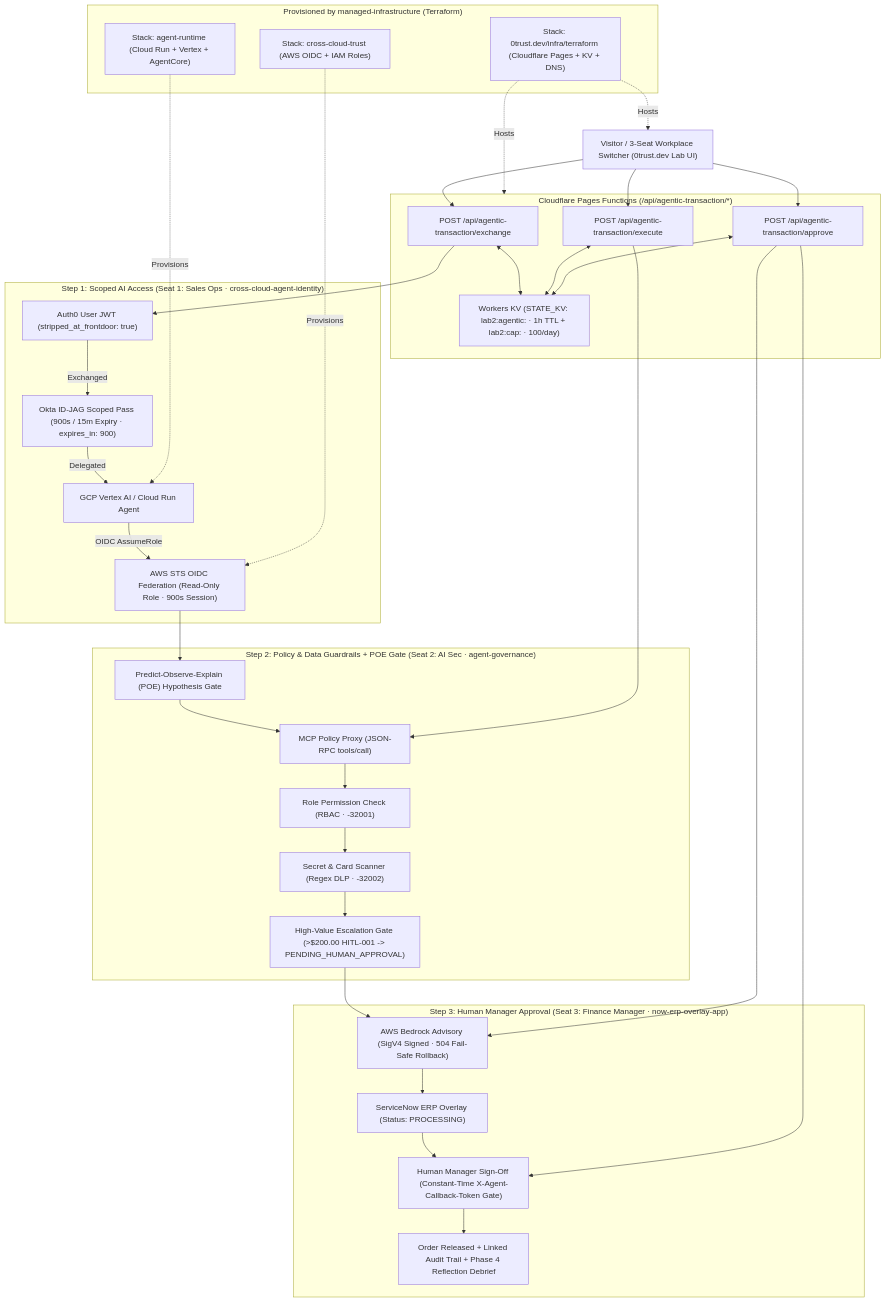
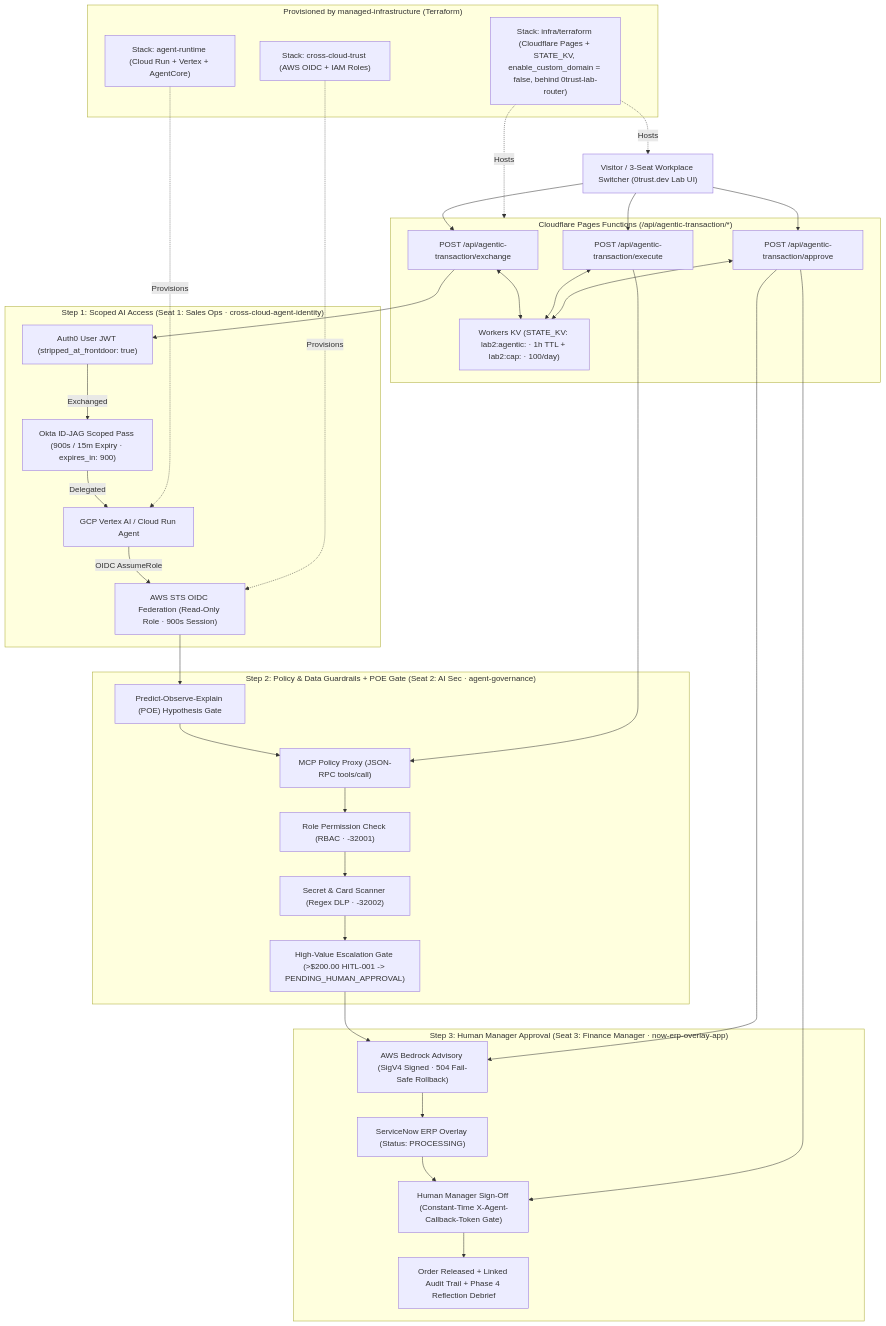
One commit to c2pig/0trust-lab-agentic-transaction changed the diagram in docs/ARCHITECTURE.md. Above: the diagram before and after it, drawn with Mermaid. The commit also changed 1 other file, not shown here.

Commit message:
chore(infra): disable unused lab-*.0trust.dev custom domain (#1)

````diff
--- a/docs/ARCHITECTURE.md
+++ b/docs/ARCHITECTURE.md
@@ -11,55 +11,55 @@
 ```mermaid
 flowchart TB
     User["Visitor / 3-Seat Workplace Switcher (0trust.dev Lab UI)"]
 
     subgraph Edge ["Cloudflare Pages Functions (/api/agentic-transaction/*)"]
         FnEx["POST /api/agentic-transaction/exchange"]
         FnExec["POST /api/agentic-transaction/execute"]
         FnApp["POST /api/agentic-transaction/approve"]
         KV["Workers KV (STATE_KV: lab2:agentic:<sessionId> · 1h TTL + lab2:cap:<utcDate> · 100/day)"]
     end
 
     subgraph S1 ["Step 1: Scoped AI Access (Seat 1: Sales Ops · cross-cloud-agent-identity)"]
         Auth0["Auth0 User JWT (stripped_at_frontdoor: true)"]
         Okta["Okta ID-JAG Scoped Pass (900s / 15m Expiry · expires_in: 900)"]
         GCP["GCP Vertex AI / Cloud Run Agent"]
         AWS_STS["AWS STS OIDC Federation (Read-Only Role · 900s Session)"]
         Auth0 -->|"Exchanged"| Okta
         Okta -->|"Delegated"| GCP
         GCP -->|"OIDC AssumeRole"| AWS_STS
     end
 
     subgraph S2 ["Step 2: Policy & Data Guardrails + POE Gate (Seat 2: AI Sec · agent-governance)"]
         POE["Predict-Observe-Explain (POE) Hypothesis Gate"]
         MCP["MCP Policy Proxy (JSON-RPC tools/call)"]
         RBAC["Role Permission Check (RBAC · -32001)"]
         DLP["Secret & Card Scanner (Regex DLP · -32002)"]
         Gate["High-Value Escalation Gate (>$200.00 HITL-001 -> PENDING_HUMAN_APPROVAL)"]
         POE --> MCP --> RBAC --> DLP --> Gate
     end
 
     subgraph S3 ["Step 3: Human Manager Approval (Seat 3: Finance Manager · now-erp-overlay-app)"]
         Bedrock["AWS Bedrock Advisory (SigV4 Signed · 504 Fail-Safe Rollback)"]
         SNOW["ServiceNow ERP Overlay (Status: PROCESSING)"]
         Human["Human Manager Sign-Off (Constant-Time X-Agent-Callback-Token Gate)"]
         Released["Order Released + Linked Audit Trail + Phase 4 Reflection Debrief"]
         Bedrock --> SNOW --> Human --> Released
     end
 
     subgraph Infra ["Provisioned by managed-infrastructure (Terraform)"]
         TF_Trust["Stack: cross-cloud-trust (AWS OIDC + IAM Roles)"]
         TF_Runtime["Stack: agent-runtime (Cloud Run + Vertex + AgentCore)"]
-        TF_Edge["Stack: 0trust.dev/infra/terraform (Cloudflare Pages + KV + DNS)"]
+        TF_Edge["Stack: infra/terraform (Cloudflare Pages + STATE_KV, enable_custom_domain = false, behind 0trust-lab-router)"]
     end
 
     User --> FnEx & FnExec & FnApp
     FnEx & FnExec & FnApp <--> KV
     FnEx --> Auth0
     AWS_STS --> POE
     FnExec --> MCP
     Gate --> Bedrock
     FnApp --> Bedrock & Human
     TF_Trust -.->|"Provisions"| AWS_STS
     TF_Runtime -.->|"Provisions"| GCP
     TF_Edge -.->|"Hosts"| User & Edge
 ```
````
